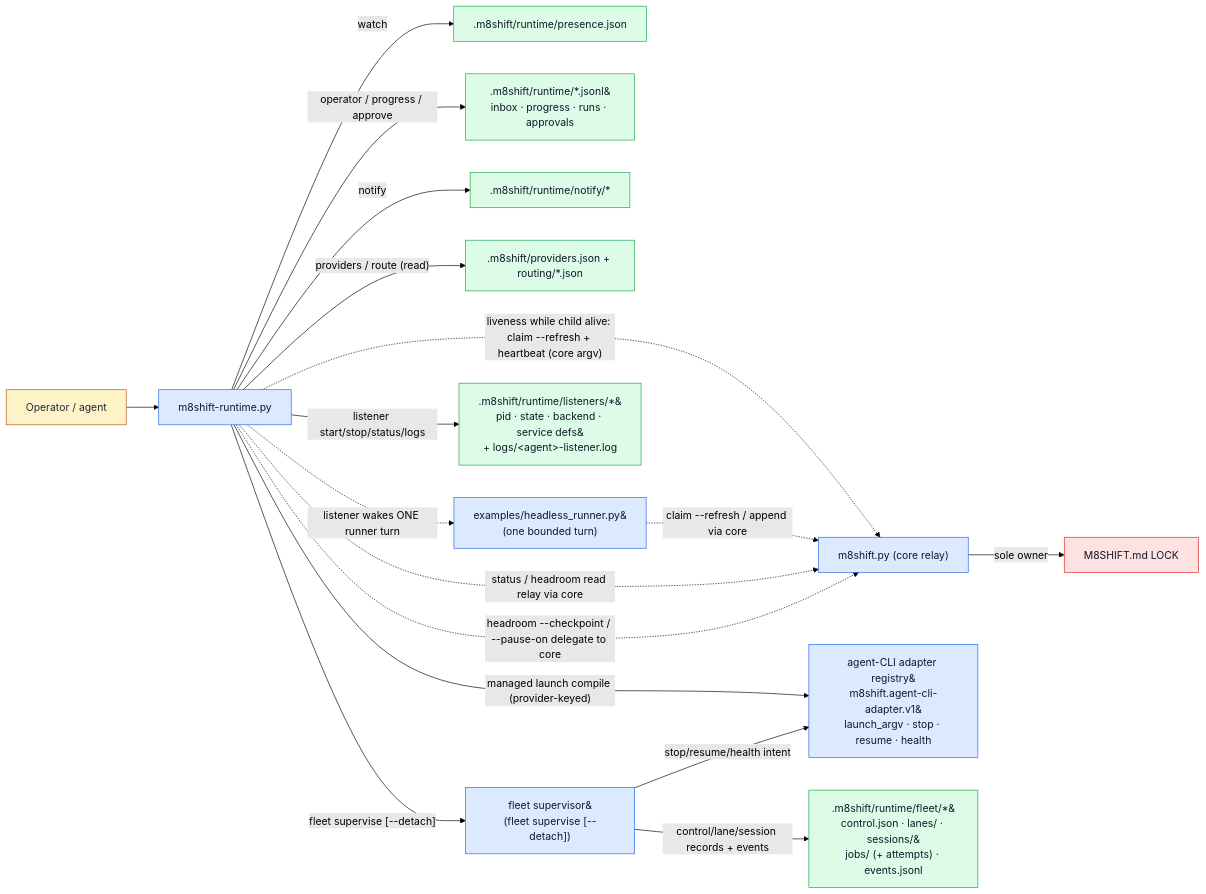
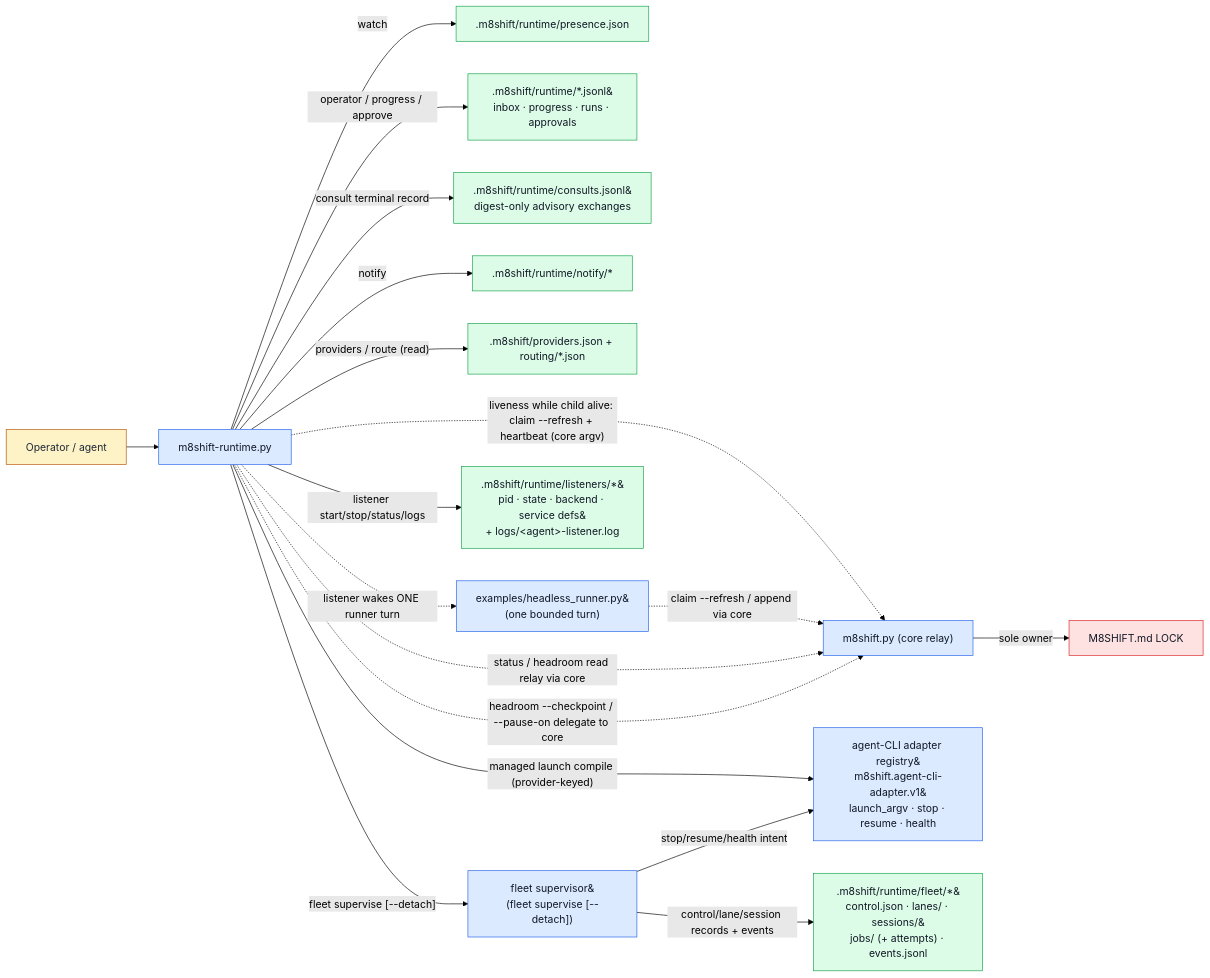
Before and after one commit to M8Shift/M8Shift: the diagram in docs/en/modules/runtime.md, drawn with Mermaid (forest theme). The commit also changed other lines of this file and 5 other files, not shown here.

Commit message:
feat: add bounded advisory consult ledger (#225)

````diff
--- a/docs/en/modules/runtime.md
+++ b/docs/en/modules/runtime.md
@@ -11,38 +11,40 @@
 ```mermaid
 flowchart LR
     user["Operator / agent"]:::actor
     script["m8shift-runtime.py"]:::script
     core["m8shift.py (core relay)"]:::script
     presence[".m8shift/runtime/presence.json"]:::state
     ledgers[".m8shift/runtime/*.jsonl&#8203;<br/>inbox · progress · runs · approvals"]:::state
+    consults[".m8shift/runtime/consults.jsonl&#8203;<br/>digest-only advisory exchanges"]:::state
     notify[".m8shift/runtime/notify/*"]:::state
     registry[".m8shift/providers.json + routing/*.json"]:::state
     adapters["agent-CLI adapter registry&#8203;<br/>m8shift.agent-cli-adapter.v1&#8203;<br/>launch_argv · stop · resume · health"]:::script
     supervisor["fleet supervisor&#8203;<br/>(fleet supervise [--detach])"]:::script
     fleetstore[".m8shift/runtime/fleet/*&#8203;<br/>control.json · lanes/ · sessions/&#8203;<br/>jobs/ (+ attempts) · events.jsonl"]:::state
     listeners[".m8shift/runtime/listeners/*&#8203;<br/>pid · state · backend · service defs&#8203;<br/>+ logs/&lt;agent&gt;-listener.log"]:::state
     runner["examples/headless_runner.py&#8203;<br/>(one bounded turn)"]:::script
     lock["M8SHIFT.md LOCK"]:::lock
 
     user --> script
     script -- "watch" --> presence
     script -- "operator / progress / approve" --> ledgers
+    script -- "consult terminal record" --> consults
     script -- "notify" --> notify
     script -- "providers / route (read)" --> registry
     script -- "managed launch compile (provider-keyed)" --> adapters
     script -- "fleet supervise [--detach]" --> supervisor
     supervisor -- "control/lane/session records + events" --> fleetstore
     supervisor -- "stop/resume/health intent" --> adapters
     script -- "listener start/stop/status/logs" --> listeners
     script -. "liveness while child alive: claim --refresh + heartbeat (core argv)" .-> core
     script -. "listener wakes ONE runner turn" .-> runner
     runner -. "claim --refresh / append via core" .-> core
     script -. "status / headroom read relay via core" .-> core
     core -- "sole owner" --> lock
     script -. "headroom --checkpoint / --pause-on delegate to core" .-> core
 
     classDef actor fill:#fef3c7,stroke:#b45309,color:#1f2937
     classDef script fill:#dbeafe,stroke:#2563eb,color:#111827
     classDef state fill:#dcfce7,stroke:#16a34a,color:#111827
     classDef lock fill:#fee2e2,stroke:#dc2626,color:#111827
 ```
````
